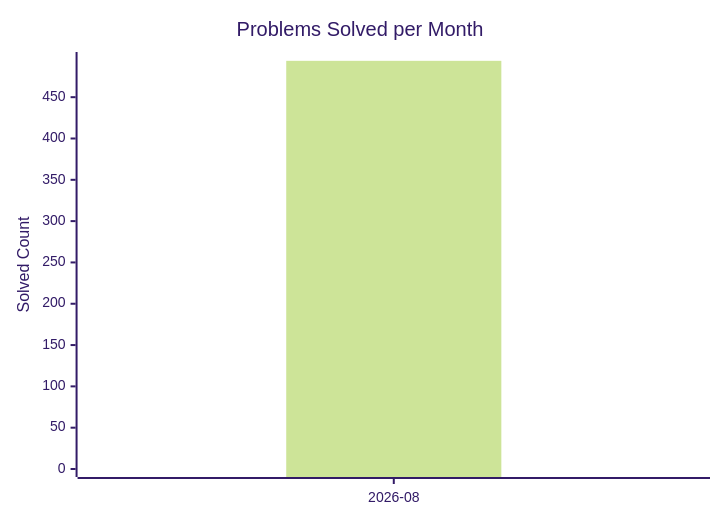
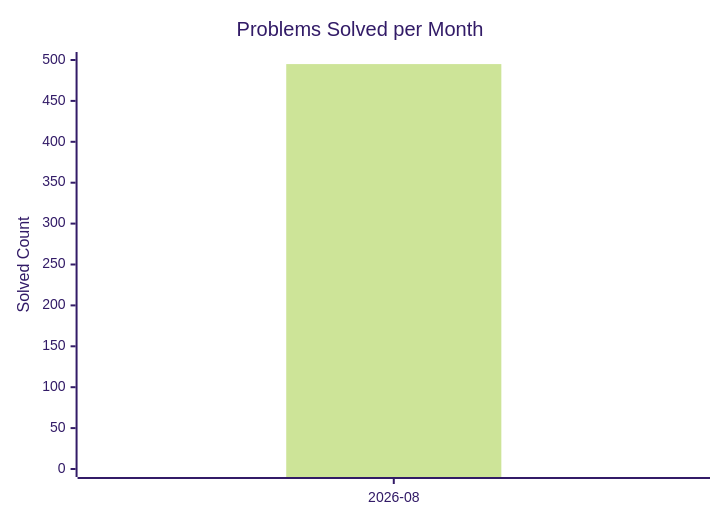
Before and after one commit to AdityaPandey-DEV/CP-Progress-Sync: the diagram in dashboard.md, drawn with Mermaid (forest theme). The commit also changed other lines of this file, not shown here.

Commit message:
Auto-update CP dashboard [skip ci]

````diff
--- a/dashboard.md
+++ b/dashboard.md
@@ -8,8 +8,8 @@
 ```mermaid
 xychart-beta
     title "Problems Solved per Month"
     x-axis ["2026-08"]
-    y-axis "Solved Count" 0 --> 495
-    bar [494]
-    line [494]
+    y-axis "Solved Count" 0 --> 500
+    bar [495]
+    line [495]
 ```
````
